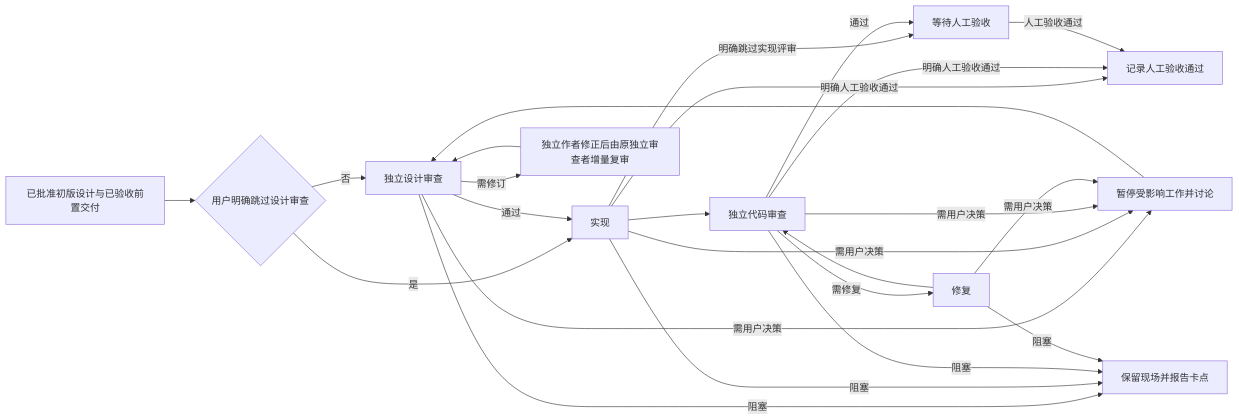
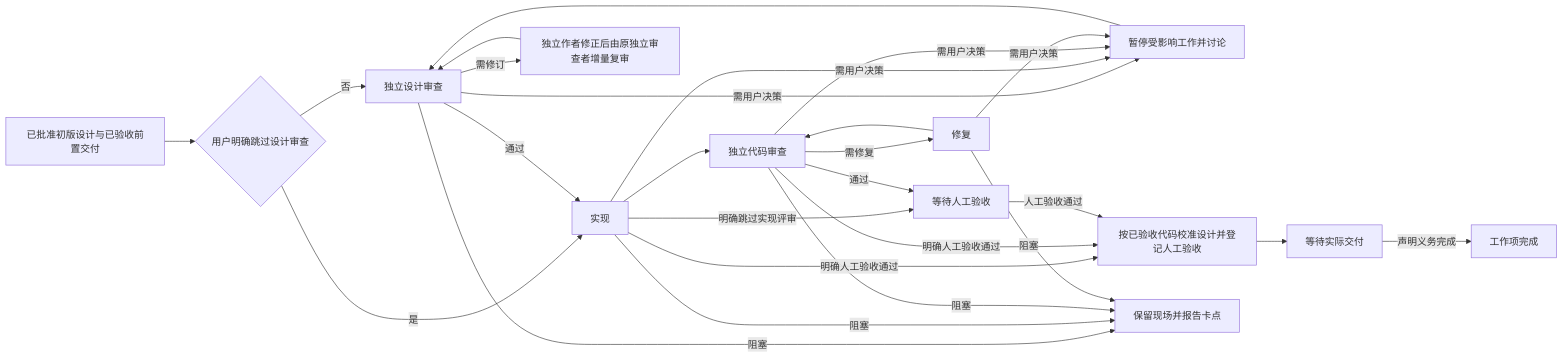
The diagram in docs/designs/autonomous-project-advancement.md (AiRanthem/agents), drawn with Mermaid before and after one commit. The commit also changed other lines of this file and 18 other files, not shown here.

````diff
--- a/docs/designs/autonomous-project-advancement.md
+++ b/docs/designs/autonomous-project-advancement.md
@@ -54,26 +54,28 @@
 ```mermaid
 flowchart LR
     A[已批准初版设计与已验收前置交付] --> S{用户明确跳过设计审查}
     S -->|否| B[独立设计审查]
     S -->|是| C
     B -->|通过| C[实现]
     B -->|需修订| X[独立作者修正后由原独立审查者增量复审]
     X --> B
     B -->|需用户决策| U[暂停受影响工作并讨论]
     U --> B
     C --> D[独立代码审查]
     C -->|明确跳过实现评审| E
-    C -->|明确人工验收通过| H[记录人工验收通过]
+    C -->|明确人工验收通过| H[按已验收代码校准设计并登记人工验收]
     D -->|通过| E[等待人工验收]
     D -->|明确人工验收通过| H
     E -->|人工验收通过| H
+    H --> V[等待实际交付]
+    V -->|声明义务完成| Z[工作项完成]
     D -->|需修复| F[修复]
     F --> D
     C -->|需用户决策| U
     D -->|需用户决策| U
     F -->|需用户决策| U
     B -->|阻塞| K[保留现场并报告卡点]
     C -->|阻塞| K
     D -->|阻塞| K
     F -->|阻塞| K
 ```
````
